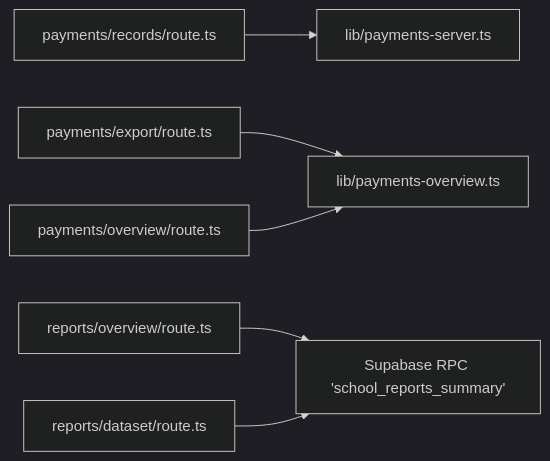
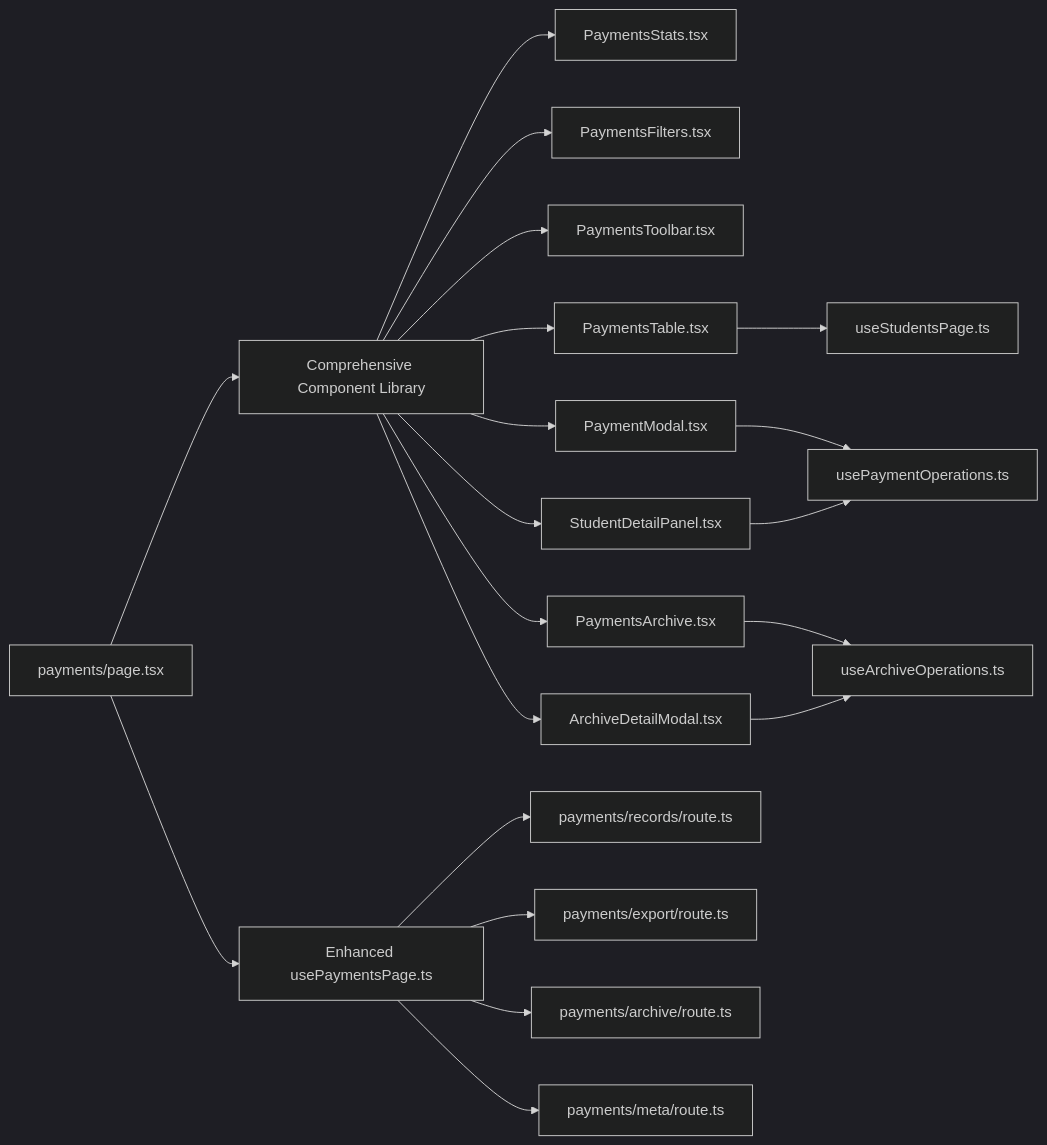
Before and after one commit to mustafaalkusaj/appschoolmustafa2002: the fourth of 4 diagrams in .qoder/repowiki/en/content/Financial Operations/Financial Operations.md, drawn with Mermaid (dark theme). The commit also changed other lines of this file and 85 other files, not shown here.

````diff
--- a/.qoder/repowiki/en/content/Financial Operations/Financial Operations.md
+++ b/.qoder/repowiki/en/content/Financial Operations/Financial Operations.md
@@ -289,8 +476,22 @@
 ```mermaid
 graph LR
-P_RECORDS["payments/records/route.ts"] --> L_SERVER["lib/payments-server.ts"]
-P_EXPORT["payments/export/route.ts"] --> L_OVERVIEW["lib/payments-overview.ts"]
-P_OVERVIEW["payments/overview/route.ts"] --> L_OVERVIEW
-R_OVERVIEW["reports/overview/route.ts"] --> DB["Supabase RPC 'school_reports_summary'"]
-R_DATASET["reports/dataset/route.ts"] --> DB
+P_MAIN["payments/page.tsx"] --> HOOKS["Enhanced usePaymentsPage.ts"]
+P_MAIN --> COMPONENTS["Comprehensive Component Library"]
+COMPONENTS --> STATS["PaymentsStats.tsx"]
+COMPONENTS --> FILTERS["PaymentsFilters.tsx"]
+COMPONENTS --> TOOLBAR["PaymentsToolbar.tsx"]
+COMPONENTS --> TABLE["PaymentsTable.tsx"]
+COMPONENTS --> MODAL["PaymentModal.tsx"]
+COMPONENTS --> DETAIL["StudentDetailPanel.tsx"]
+COMPONENTS --> ARCHIVE["PaymentsArchive.tsx"]
+COMPONENTS --> ARCH_DETAIL["ArchiveDetailModal.tsx"]
+MODAL --> HOOK_PAYMENTS["usePaymentOperations.ts"]
+TABLE --> HOOK_STUDENTS["useStudentsPage.ts"]
+DETAIL --> HOOK_PAYMENTS
+ARCHIVE --> HOOK_ARCHIVE["useArchiveOperations.ts"]
+ARCH_DETAIL --> HOOK_ARCHIVE
+HOOKS --> API_RECORDS["payments/records/route.ts"]
+HOOKS --> API_EXPORT["payments/export/route.ts"]
+HOOKS --> API_ARCHIVE["payments/archive/route.ts"]
+HOOKS --> API_META["payments/meta/route.ts"]
 ```
````
